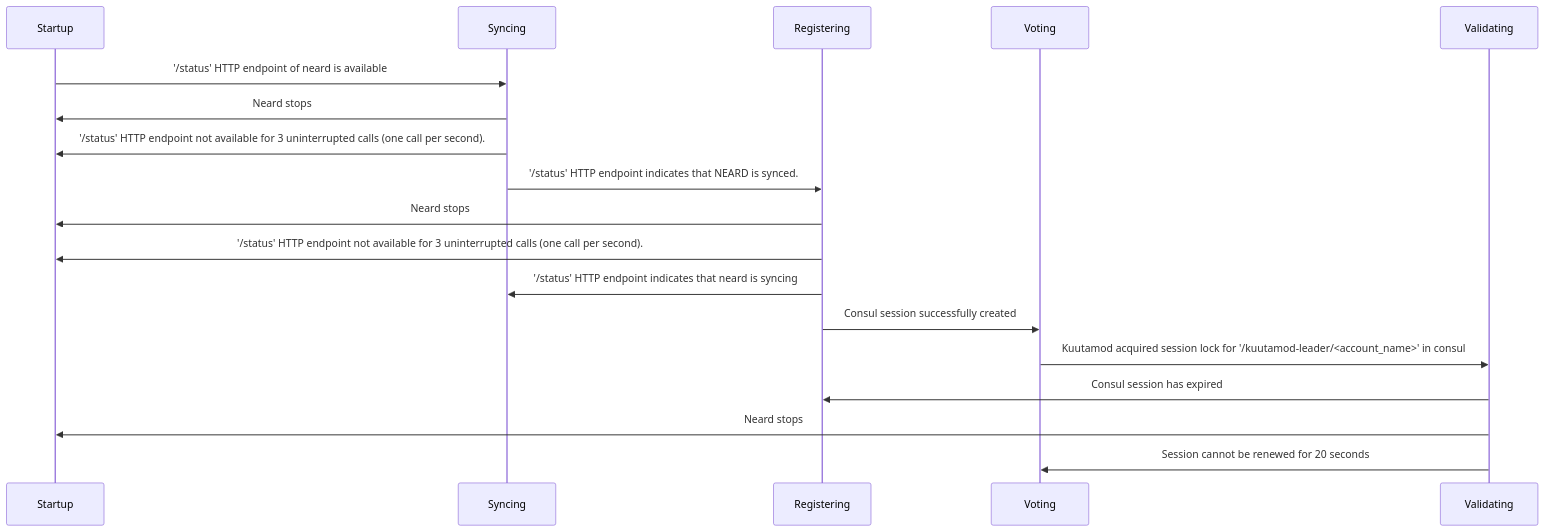
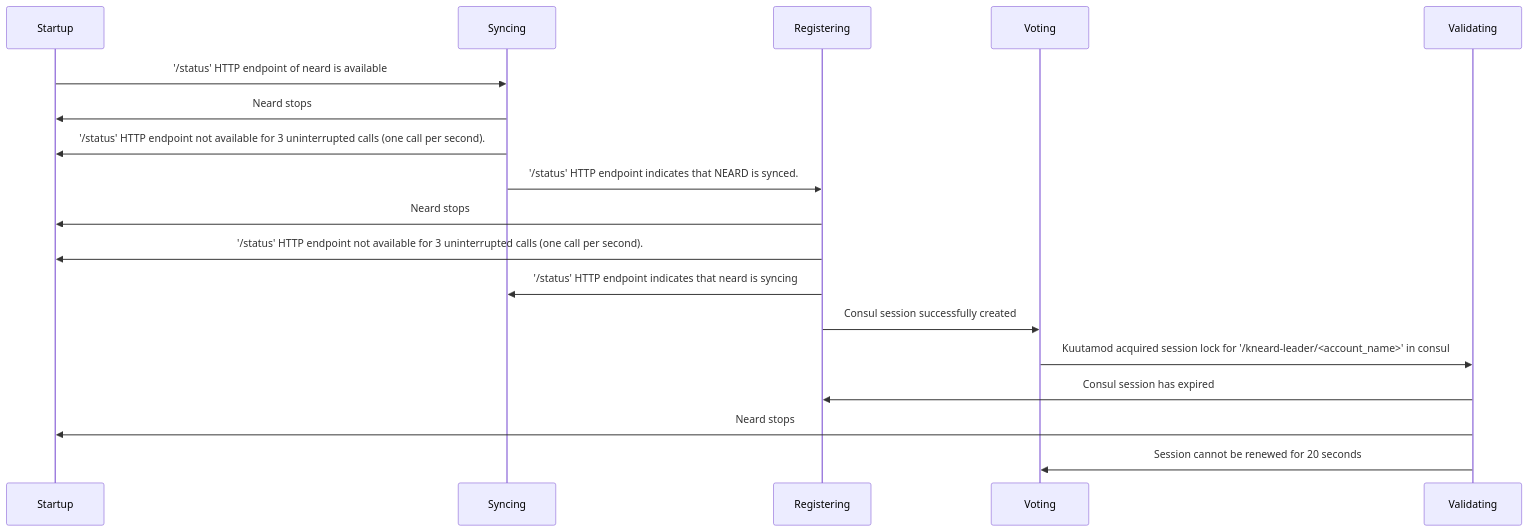
One commit to yanganto/near-staking-knd changed the diagram in docs/failover-algorithm.md. Above: the diagram before and after it, drawn with Mermaid. The commit also changed other lines of this file and 54 other files, not shown here.

````diff
--- a/docs/failover-algorithm.md
+++ b/docs/failover-algorithm.md
@@ -57,20 +57,20 @@
 ```mermaid
 sequenceDiagram
     participant Startup
     participant Syncing
     participant Registering
     participant Voting
     participant Validating
     Startup->>Syncing: '/status' HTTP endpoint of neard is available
     Syncing->>Startup: Neard stops
     Syncing->>Startup: '/status' HTTP endpoint not available for 3 uninterrupted calls (one call per second).
     Syncing->>Registering: '/status' HTTP endpoint indicates that NEARD is synced.
     Registering->>Startup: Neard stops
     Registering->>Startup: '/status' HTTP endpoint not available for 3 uninterrupted calls (one call per second).
     Registering->>Syncing: '/status' HTTP endpoint indicates that neard is syncing
     Registering->>Voting: Consul session successfully created
-    Voting->>Validating: Kuutamod acquired session lock for '/kuutamod-leader/<account_name>' in consul
+    Voting->>Validating: Kuutamod acquired session lock for '/kneard-leader/<account_name>' in consul
     Validating->>Registering: Consul session has expired
     Validating->>Startup: Neard stops
     Validating->>Voting: Session cannot be renewed for 20 seconds
 ```
````
